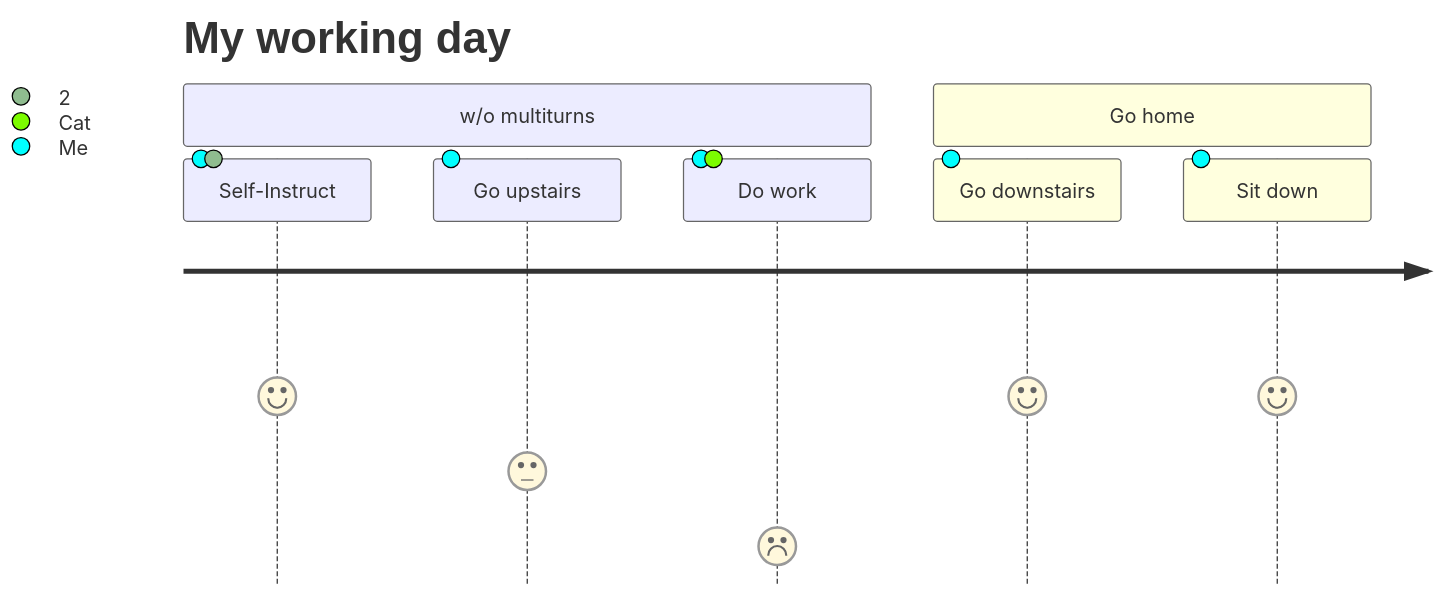
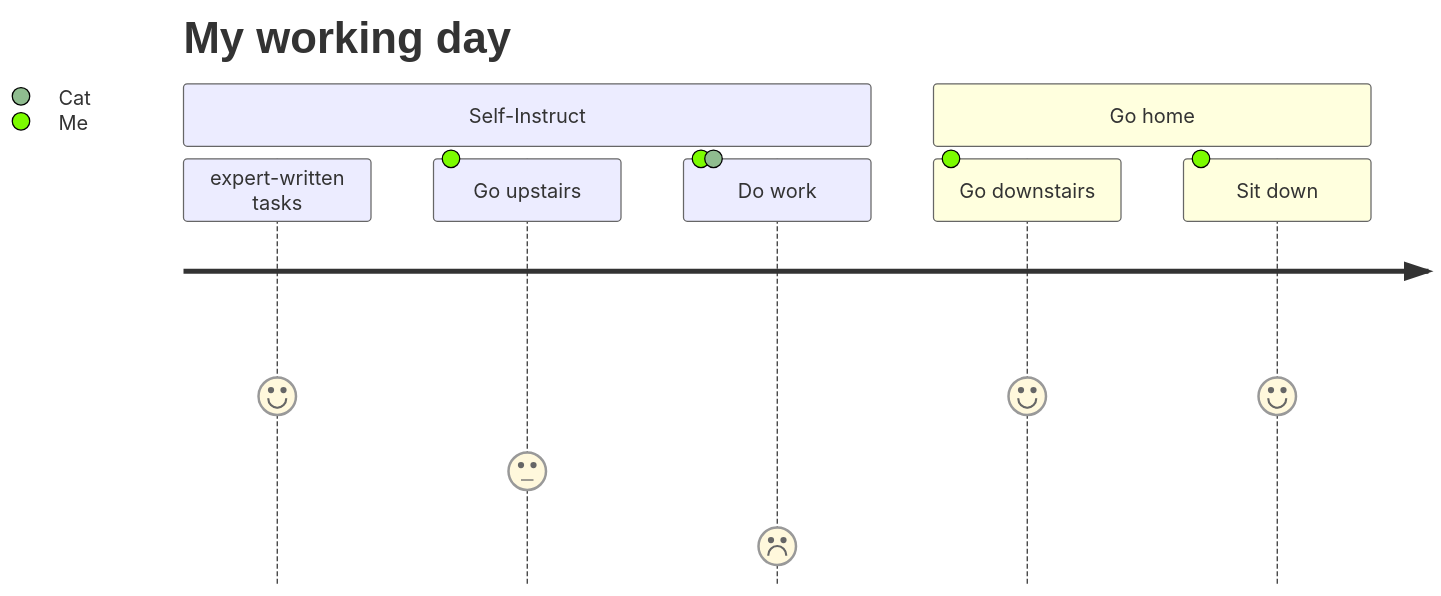
The diagram in README.md (langbridgeai/Open-Instructions), drawn with Mermaid before and after one commit.

````diff
--- a/README.md
+++ b/README.md
@@ -62,11 +62,11 @@
 ```mermaid
 journey
     title My working day
-    section w/o multiturns
-      Self-Instruct: 5: Me, 2: Cat
+    section Self-Instruct
+      expert-written tasks: 5
       Go upstairs: 3: Me
       Do work: 1: Me, Cat
     section Go home
       Go downstairs: 5: Me
       Sit down: 5: Me
 ```
````
